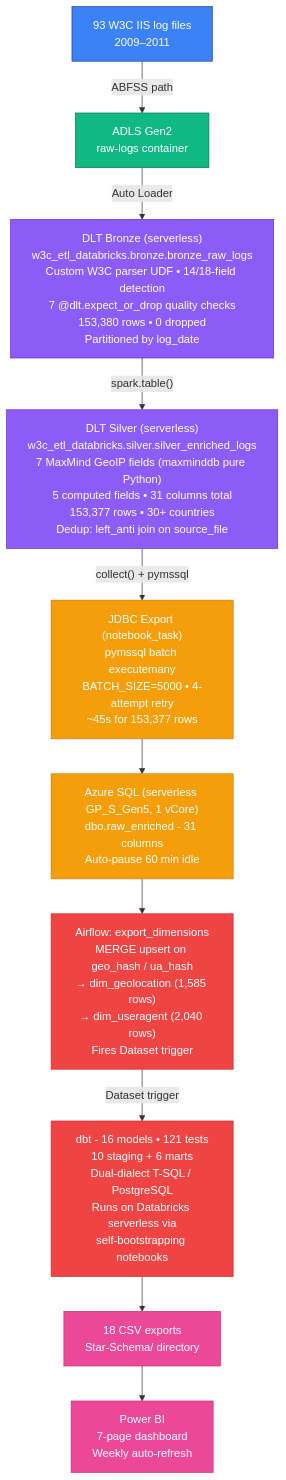
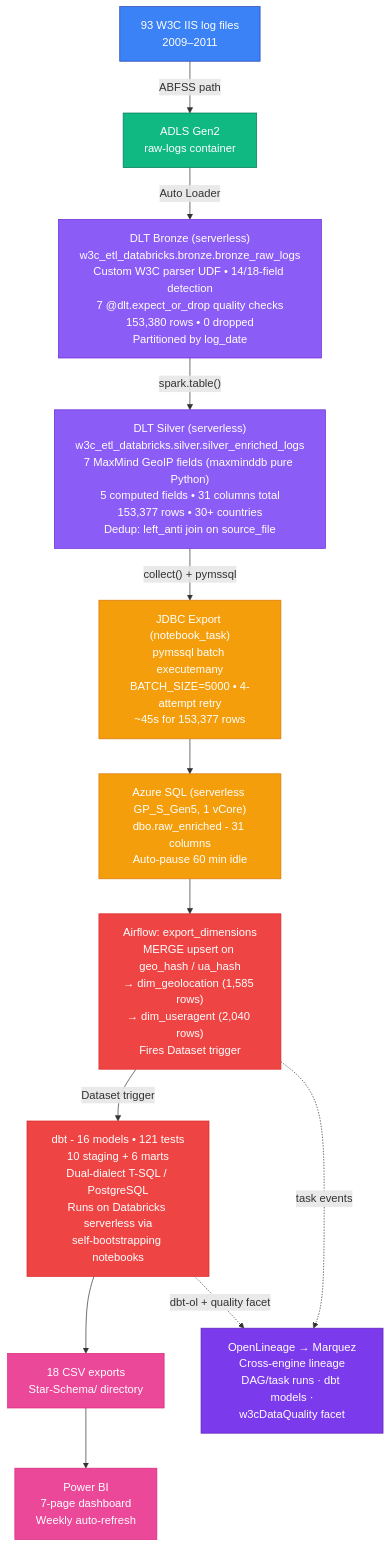
The first of 10 diagrams in README.md (AhmedIkram05/w3c-etl-pipeline), drawn with Mermaid before and after one commit. The commit also changed other lines of this file and 1 other file, not shown here.

````diff
--- a/README.md
+++ b/README.md
@@ -71,39 +74,45 @@
 ```mermaid
 flowchart TB
     classDef source fill:#3b82f6,color:#fff,stroke:#1e40af
     classDef ingest fill:#10b981,color:#fff,stroke:#047857
     classDef dlt fill:#8b5cf6,color:#fff,stroke:#6d28d9
     classDef sql fill:#f59e0b,color:#fff,stroke:#d97706
     classDef dbtclass fill:#ef4444,color:#fff,stroke:#dc2626
     classDef bi fill:#ec4899,color:#fff,stroke:#db2777
+    classDef lineage fill:#7c3aed,color:#fff,stroke:#5b21b6
 
     source["93 W3C IIS log files<br/>2009–2011"]:::source
 
     adls["ADLS Gen2<br/>raw-logs container"]:::ingest
 
     bronze["DLT Bronze (serverless)<br/>w3c_etl_databricks.bronze.bronze_raw_logs<br/>Custom W3C parser UDF • 14/18-field detection<br/>7 @dlt.expect_or_drop quality checks<br/>153,380 rows • 0 dropped<br/>Partitioned by log_date"]:::dlt
 
     silver["DLT Silver (serverless)<br/>w3c_etl_databricks.silver.silver_enriched_logs<br/>7 MaxMind GeoIP fields (maxminddb pure Python)<br/>5 computed fields • 31 columns total<br/>153,377 rows • 30+ countries<br/>Dedup: left_anti join on source_file"]:::dlt
 
     jdbc["JDBC Export (notebook_task)<br/>pymssql batch executemany<br/>BATCH_SIZE=5000 • 4-attempt retry<br/>~45s for 153,377 rows"]:::sql
 
     azsql["Azure SQL (serverless GP_S_Gen5, 1 vCore)<br/>dbo.raw_enriched - 31 columns<br/>Auto-pause 60 min idle"]:::sql
 
     dims["Airflow: export_dimensions<br/>MERGE upsert on geo_hash / ua_hash<br/>→ dim_geolocation (1,585 rows)<br/>→ dim_useragent (2,040 rows)<br/>Fires Dataset trigger"]:::dbtclass
 
     dbt["dbt - 16 models • 121 tests<br/>10 staging + 6 marts<br/>Dual-dialect T-SQL / PostgreSQL<br/>Runs on Databricks serverless via<br/>self-bootstrapping notebooks"]:::dbtclass
 
     csv["18 CSV exports<br/>Star-Schema/ directory"]:::bi
 
     powerbi["Power BI<br/>7-page dashboard<br/>Weekly auto-refresh"]:::bi
 
+    marquez["OpenLineage → Marquez<br/>Cross-engine lineage<br/>DAG/task runs · dbt models ·<br/>w3cDataQuality facet"]:::lineage
+
     source -->|"ABFSS path"| adls
     adls -->|"Auto Loader"| bronze
     bronze -->|"spark.table()"| silver
     silver -->|"collect() + pymssql"| jdbc
     jdbc --> azsql
     azsql --> dims
     dims -->|"Dataset trigger"| dbt
     dbt --> csv
     csv --> powerbi
+
+    dims -.->|"task events"| marquez
+    dbt -.->|"dbt-ol + quality facet"| marquez
 ```
````
